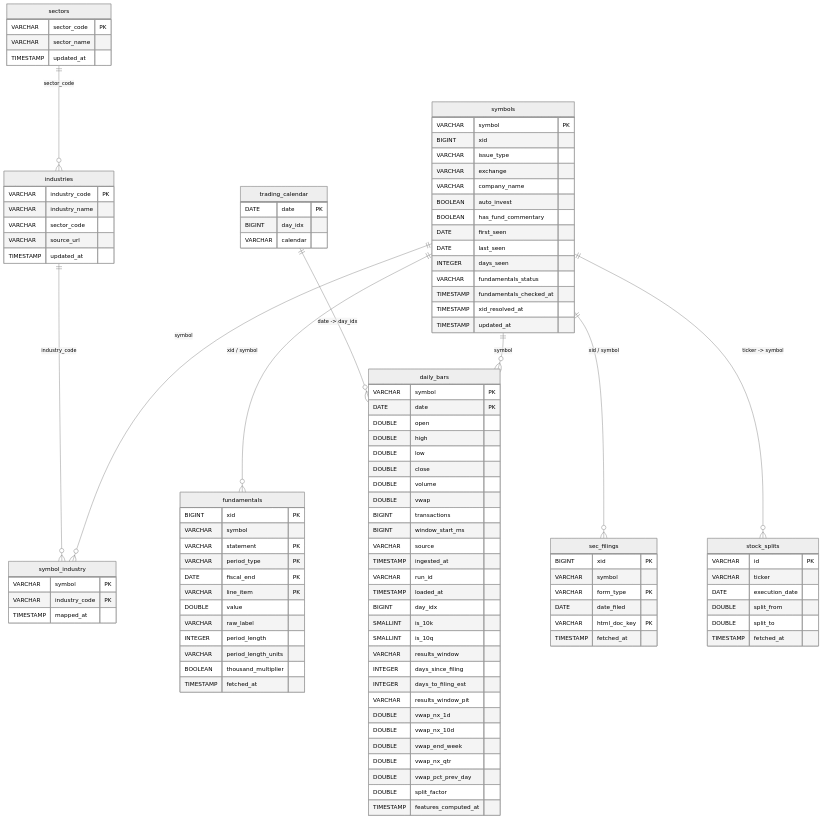
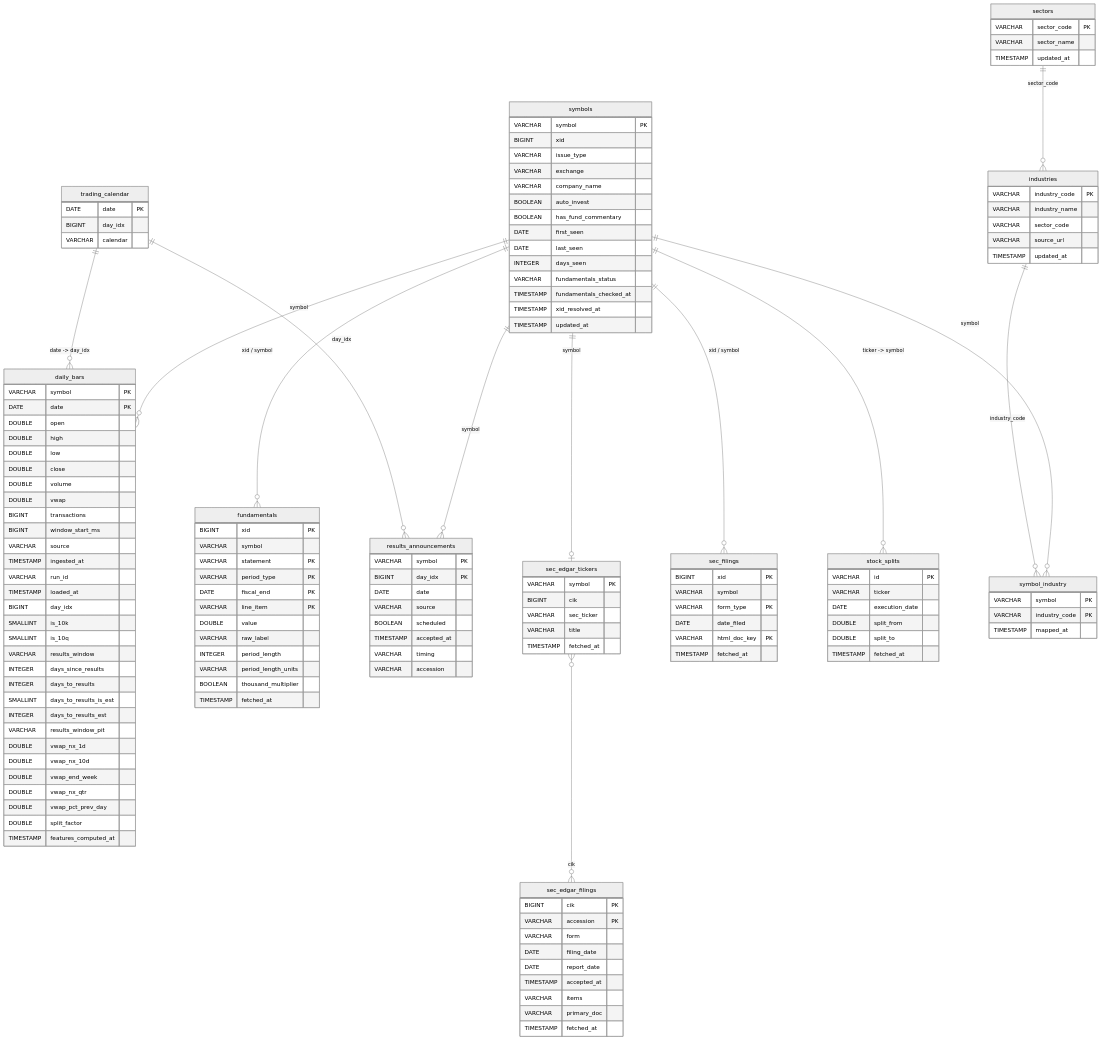
One commit to vkothandam/MTap changed the first of 2 diagrams in docs/database-schema.md. Above: the diagram before and after it, drawn with Mermaid (neutral theme). The commit also changed 18 other files, not shown here.

First line of the commit message:
Exact results-release dates from SEC EDGAR 8-K item 2.02; panel schema 3

````diff
--- a/docs/database-schema.md
+++ b/docs/database-schema.md
@@ -34,8 +34,10 @@
         SMALLINT is_10k
         SMALLINT is_10q
         VARCHAR results_window
-        INTEGER days_since_filing
-        INTEGER days_to_filing_est
+        INTEGER days_since_results
+        INTEGER days_to_results
+        SMALLINT days_to_results_is_est
+        INTEGER days_to_results_est
         VARCHAR results_window_pit
         DOUBLE vwap_nx_1d
         DOUBLE vwap_nx_10d
@@ -65,6 +67,34 @@
         VARCHAR sector_code
         VARCHAR source_url
         TIMESTAMP updated_at
+    }
+    results_announcements {
+        VARCHAR symbol PK
+        BIGINT day_idx PK
+        DATE date
+        VARCHAR source
+        BOOLEAN scheduled
+        TIMESTAMP accepted_at
+        VARCHAR timing
+        VARCHAR accession
+    }
+    sec_edgar_filings {
+        BIGINT cik PK
+        VARCHAR accession PK
+        VARCHAR form
+        DATE filing_date
+        DATE report_date
+        TIMESTAMP accepted_at
+        VARCHAR items
+        VARCHAR primary_doc
+        TIMESTAMP fetched_at
+    }
+    sec_edgar_tickers {
+        VARCHAR symbol PK
+        BIGINT cik
+        VARCHAR sec_ticker
+        VARCHAR title
+        TIMESTAMP fetched_at
     }
     sec_filings {
         BIGINT xid PK
@@ -121,4 +151,8 @@
     symbols ||--o{ fundamentals : "xid / symbol"
     symbols ||--o{ sec_filings : "xid / symbol"
     symbols ||--o{ stock_splits : "ticker -> symbol"
+    symbols ||--o| sec_edgar_tickers : "symbol"
+    sec_edgar_tickers }o--o{ sec_edgar_filings : "cik"
+    symbols ||--o{ results_announcements : "symbol"
+    trading_calendar ||--o{ results_announcements : "day_idx"
 ```
````
